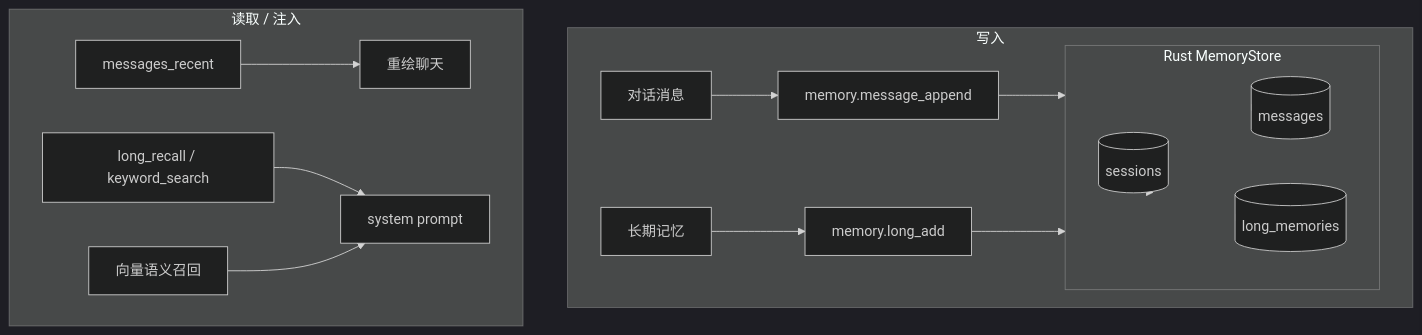
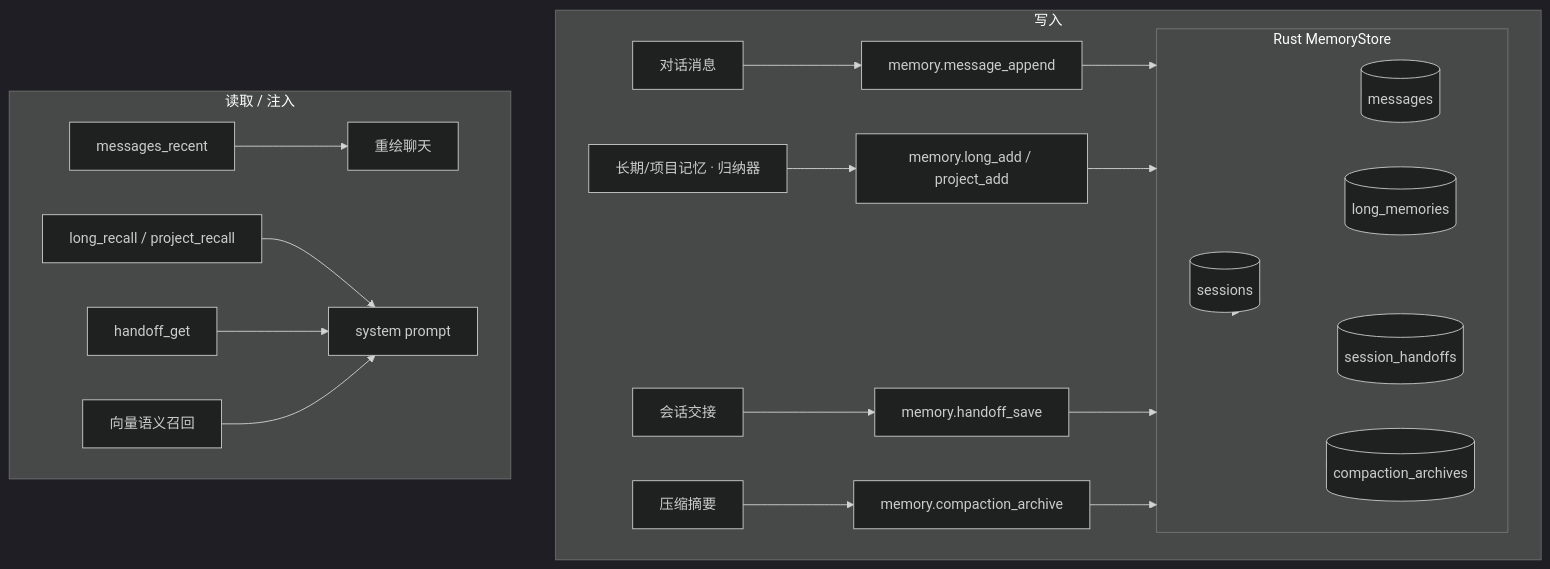
Before and after one commit to zuochamo/dieyunagent: the eighth of 15 diagrams in docs/ARCHITECTURE.md, drawn with Mermaid (dark theme). The commit also changed other lines of this file and 29 other files, not shown here.

````diff
--- a/docs/ARCHITECTURE.md
+++ b/docs/ARCHITECTURE.md
@@ -378,25 +387,34 @@
 ```mermaid
 flowchart TB
   subgraph Write["写入"]
     ChatMsg[对话消息] --> GWmem[memory.message_append]
-    LongMem[长期记忆] --> GWlong[memory.long_add]
+    LongMem[长期/项目记忆 · 归纳器] --> GWlong[memory.long_add / project_add]
+    Handoff[会话交接] --> GWho[memory.handoff_save]
+    Comp[压缩摘要] --> GWcomp[memory.compaction_archive]
     GWmem --> RustMem
     GWlong --> RustMem
+    GWho --> RustMem
+    GWcomp --> RustMem
   end
 
   subgraph RustMem["Rust MemoryStore"]
     Sessions[(sessions)]
     Messages[(messages)]
     Long[(long_memories)]
+    HandoffT[(session_handoffs)]
+    Archives[(compaction_archives)]
   end
 
   subgraph Read["读取 / 注入"]
     Recent[messages_recent] --> Render[重绘聊天]
-    Recall[long_recall / keyword_search] --> Prompt[system prompt]
+    Recall[long_recall / project_recall] --> Prompt[system prompt]
+    HandoffGet[handoff_get] --> Prompt
     Vector[向量语义召回] --> Prompt
   end
 
   RustMem --> Sessions
   RustMem --> Messages
   RustMem --> Long
+  RustMem --> HandoffT
+  RustMem --> Archives
 ```
````
